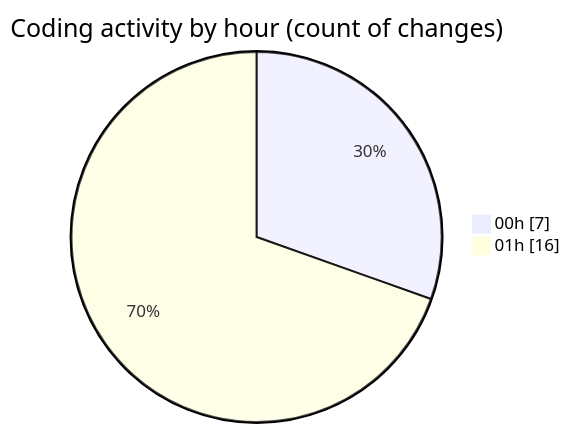
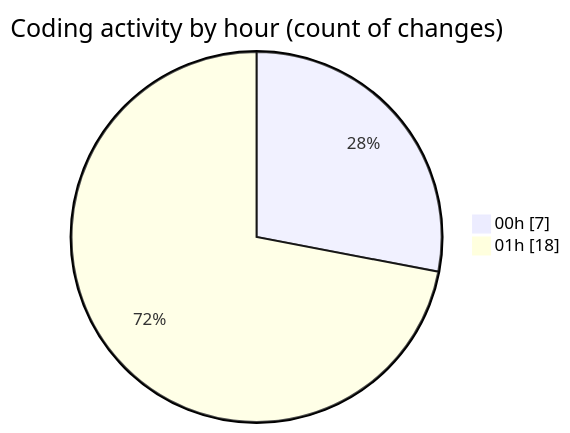
One commit to tmsrecording-cyber/code-tracking changed the second of 2 diagrams in 2026-04-24/darkwire/README.md. Above: the diagram before and after it, drawn with Mermaid. The commit also changed other lines of this file and 1 other file, not shown here.

````diff
--- a/2026-04-24/darkwire/README.md
+++ b/2026-04-24/darkwire/README.md
@@ -38,6 +40,6 @@
 ```mermaid
 pie showData
 title Coding activity by hour (count of changes)
 "00h" : 7
-"01h" : 16
+"01h" : 18
 ```
````
